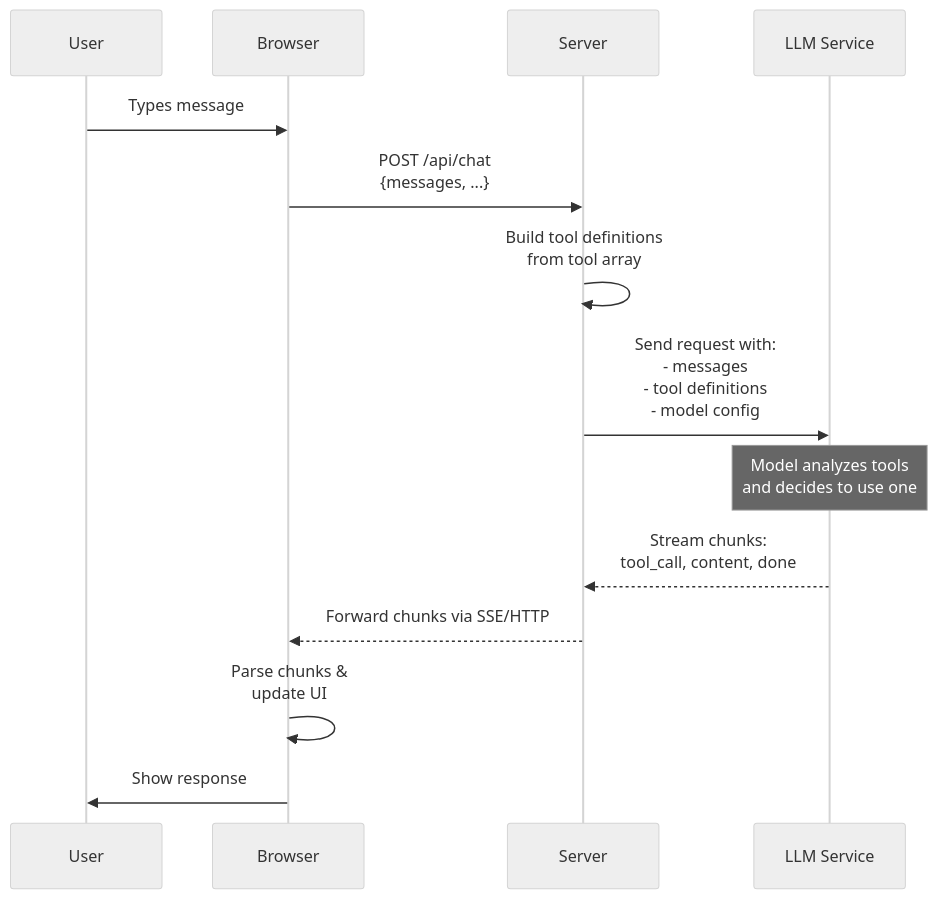
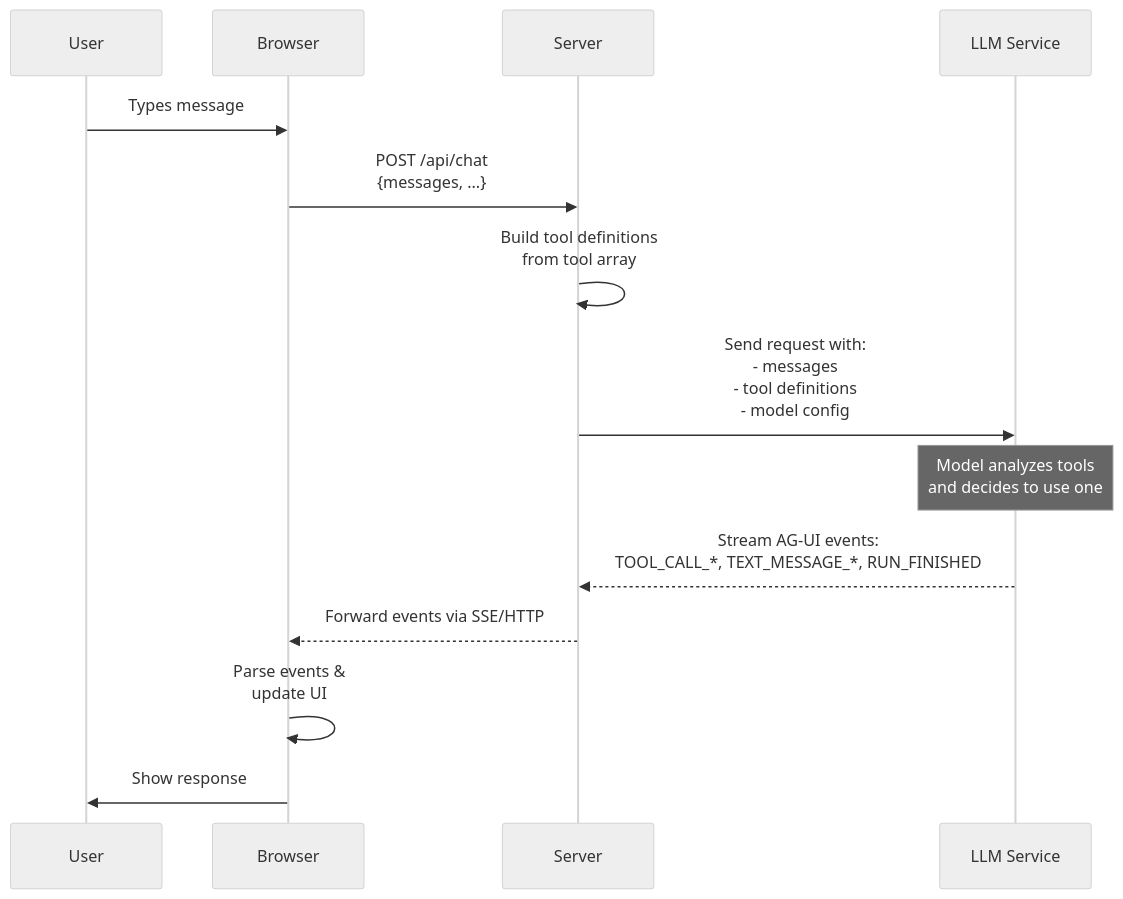
Before and after one commit to TanStack/ai: the first of 4 diagrams in docs/guides/tool-architecture.md, drawn with Mermaid (neutral theme). The commit also changed other lines of this file and 8 other files, not shown here.

````diff
--- a/docs/guides/tool-architecture.md
+++ b/docs/guides/tool-architecture.md
@@ -25,19 +25,19 @@
 ```mermaid
 sequenceDiagram
     participant User
     participant Browser
     participant Server
     participant LLM Service
     
     User->>Browser: Types message
     Browser->>Server: POST /api/chat<br/>{messages, ...}
     Server->>Server: Build tool definitions<br/>from tool array
     Server->>LLM Service: Send request with:<br/>- messages<br/>- tool definitions<br/>- model config
     
     Note over LLM Service: Model analyzes tools<br/>and decides to use one
     
-    LLM Service-->>Server: Stream chunks:<br/>tool_call, content, done
-    Server-->>Browser: Forward chunks via SSE/HTTP
-    Browser->>Browser: Parse chunks &<br/>update UI
+    LLM Service-->>Server: Stream AG-UI events:<br/>TOOL_CALL_*, TEXT_MESSAGE_*, RUN_FINISHED
+    Server-->>Browser: Forward events via SSE/HTTP
+    Browser->>Browser: Parse events &<br/>update UI
     Browser->>User: Show response
 ```
````
